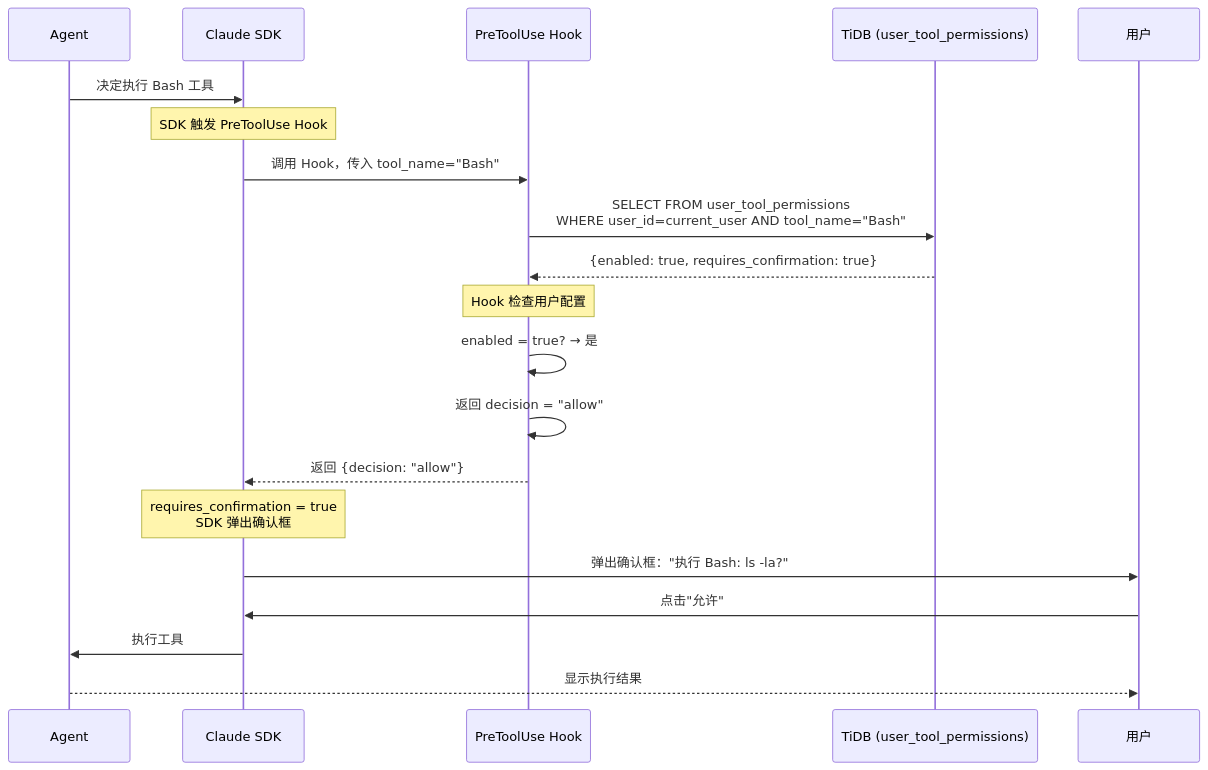
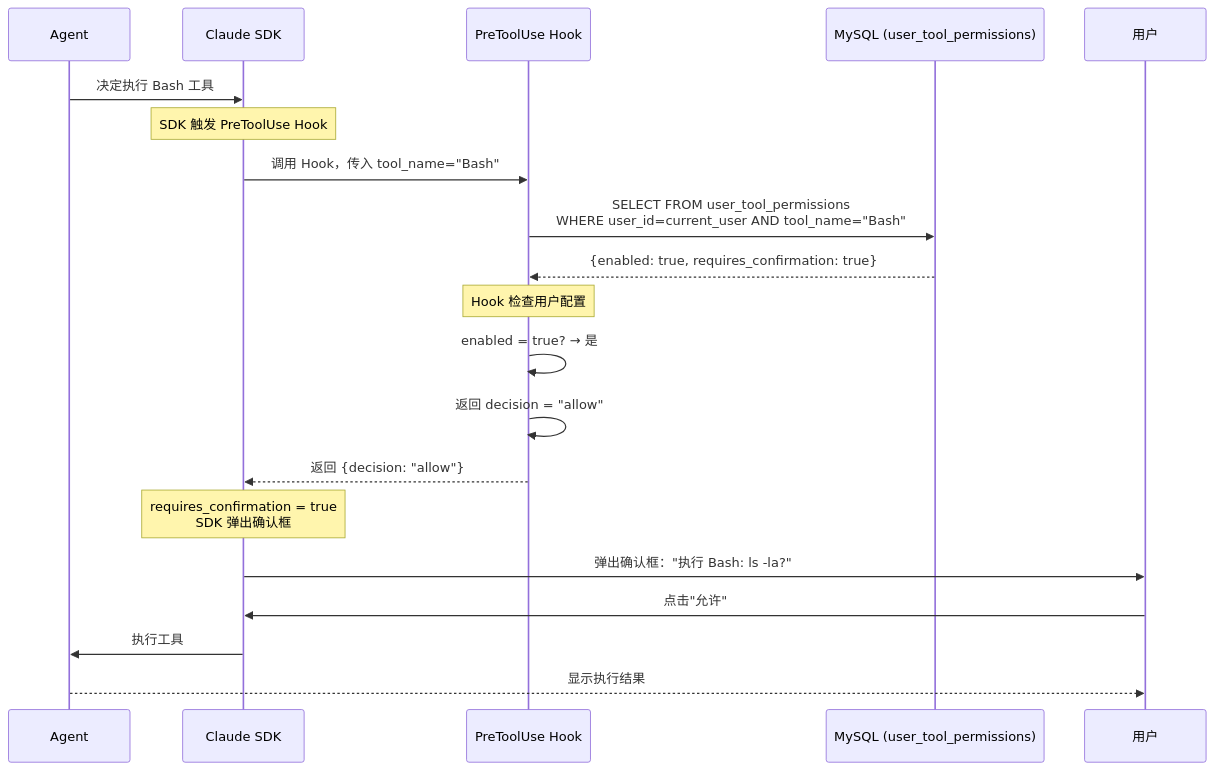
One commit to xiaocaipi/mm-doc changed diagram 23 of 27 in agent/agent_project_design_1.md. Above: the diagram before and after it, drawn with Mermaid. The commit also changed other lines of this file and 1 other file, not shown here.

````diff
--- a/agent/agent_project_design_1.md
+++ b/agent/agent_project_design_1.md
@@ -1169,33 +1331,33 @@
 ```mermaid
 sequenceDiagram
     participant Agent as Agent
     participant SDK as Claude SDK
     participant Hook as PreToolUse Hook
-    participant DB as TiDB (user_tool_permissions)
+    participant DB as MySQL (user_tool_permissions)
     participant User as 用户
 
     Agent->>SDK: 决定执行 Bash 工具
     
     Note over SDK: SDK 触发 PreToolUse Hook
     
     SDK->>Hook: 调用 Hook，传入 tool_name="Bash"
     
     Hook->>DB: SELECT FROM user_tool_permissions<br/>WHERE user_id=current_user AND tool_name="Bash"
     DB-->>Hook: {enabled: true, requires_confirmation: true}
     
     Note over Hook: Hook 检查用户配置
     
     Hook->>Hook: enabled = true? → 是
     Hook->>Hook: 返回 decision = "allow"
     
     Hook-->>SDK: 返回 {decision: "allow"}
     
     Note over SDK: requires_confirmation = true<br/>SDK 弹出确认框
     
     SDK->>User: 弹出确认框："执行 Bash: ls -la?"
     User->>SDK: 点击"允许"
     
     SDK->>Agent: 执行工具
     
     Agent-->>User: 显示执行结果
 ```
````
